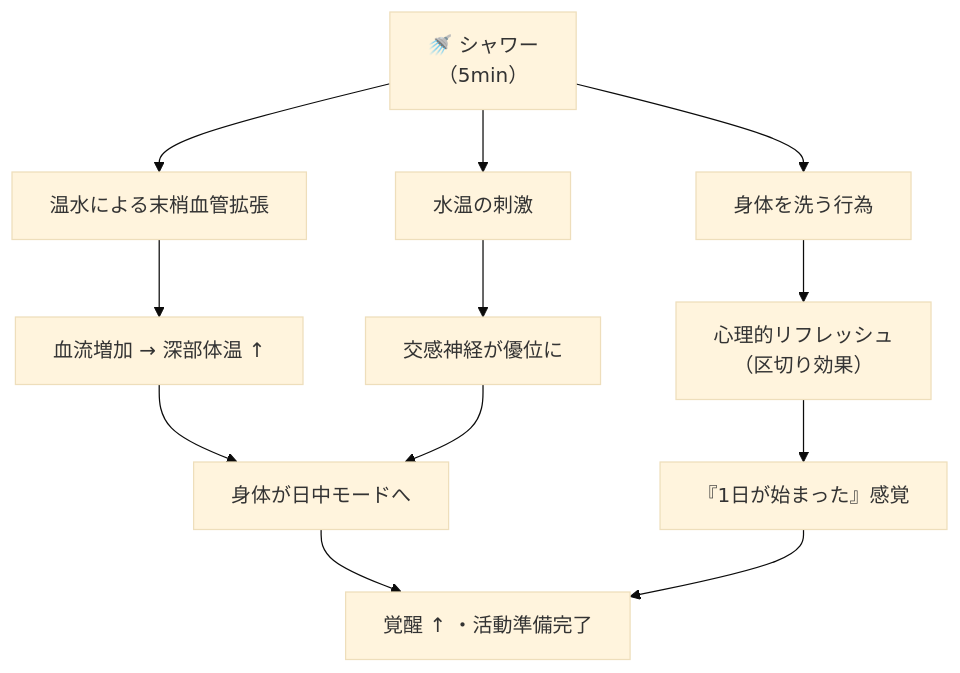
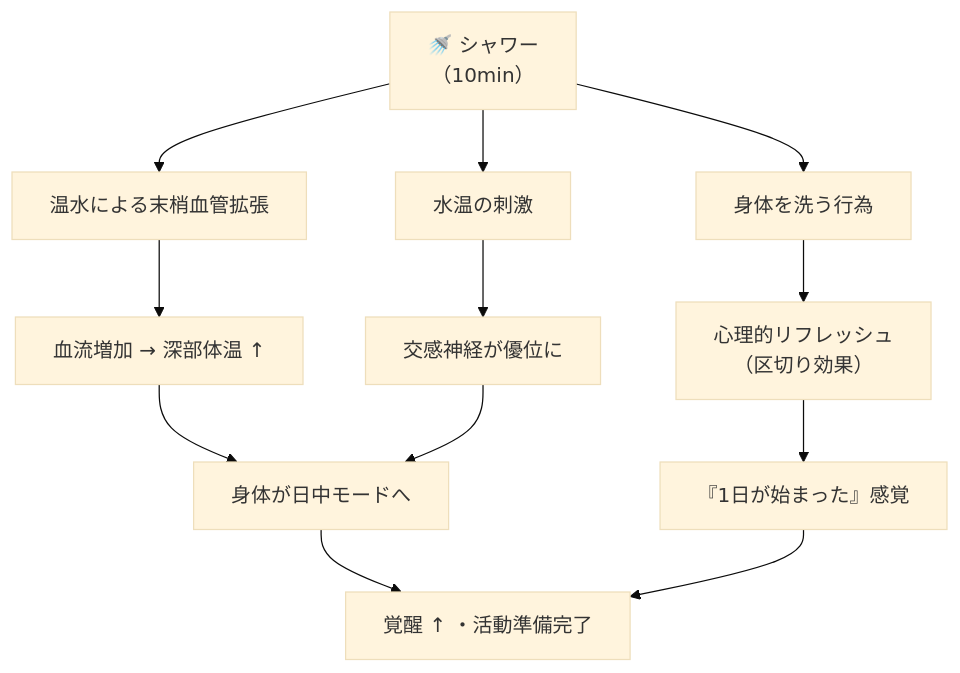
One commit to iharak058070-afk/test changed the sixth of 12 diagrams in 朝ルーティン定着化プロジェクト.md. Above: the diagram before and after it, drawn with Mermaid (base theme). The commit also changed other lines of this file, not shown here.

First line of the commit message:
Update 朝ルーティン: シャワー10min化・趣味→その他（ミッション確認+1曲）に変更

````diff
--- a/朝ルーティン定着化プロジェクト.md
+++ b/朝ルーティン定着化プロジェクト.md
@@ -153,14 +153,14 @@
 ```mermaid
 flowchart TD
-    A["🚿 シャワー\n（5min）"] --> B["温水による末梢血管拡張"]
+    A["🚿 シャワー\n（10min）"] --> B["温水による末梢血管拡張"]
     A --> C["水温の刺激"]
     A --> D["身体を洗う行為"]
     B --> E["血流増加 → 深部体温 ↑"]
     C --> F["交感神経が優位に"]
     D --> G["心理的リフレッシュ\n（区切り効果）"]
     E --> H["身体が日中モードへ"]
     F --> H
     G --> I["『1日が始まった』感覚"]
     H --> J["覚醒 ↑ ・活動準備完了"]
     I --> J
 ```
````
